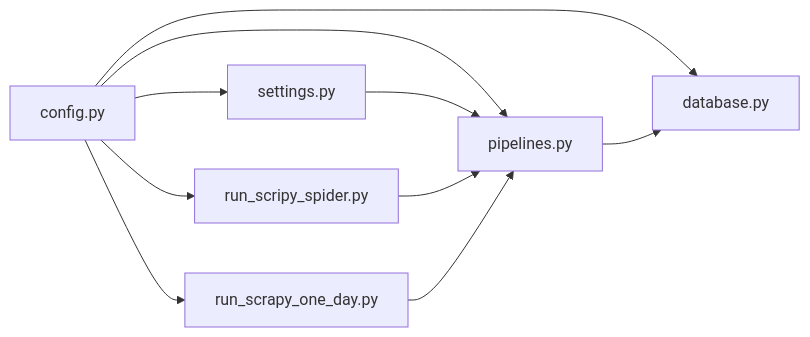
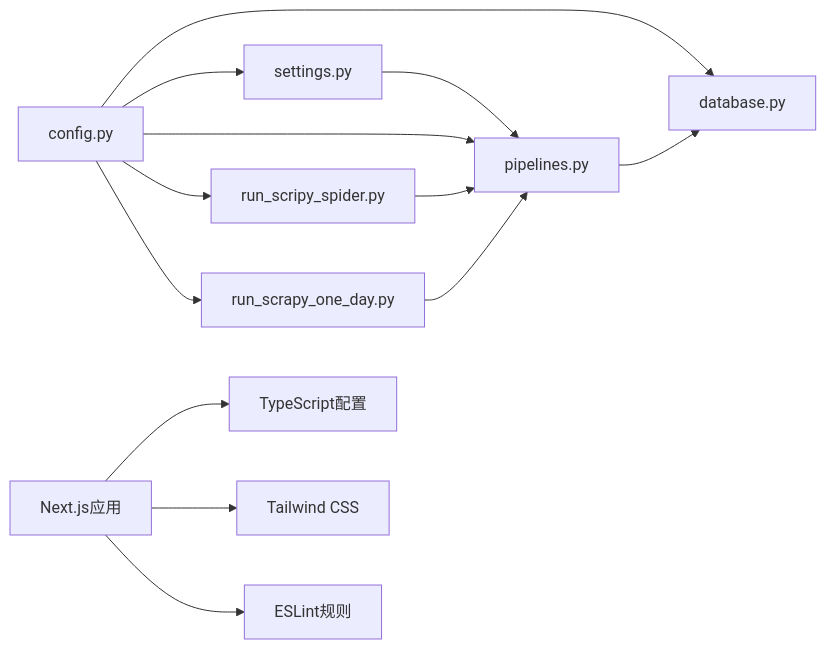
Before and after one commit to xuanyuansen/company-news-crawl-and-text-analysis: the ninth of 10 diagrams in .qoder/repowiki/zh/content/开发指南/开发工具与环境配置.md, drawn with Mermaid. The commit also changed other lines of this file and 17 other files, not shown here.

````diff
--- a/.qoder/repowiki/zh/content/开发指南/开发工具与环境配置.md
+++ b/.qoder/repowiki/zh/content/开发指南/开发工具与环境配置.md
@@ -268,12 +352,15 @@
 ```mermaid
 graph LR
 Cfg["config.py"] --> DB["database.py"]
 Cfg --> Set["settings.py"]
 Cfg --> Pipe["pipelines.py"]
 Cfg --> Run1["run_scripy_spider.py"]
 Cfg --> Run2["run_scrapy_one_day.py"]
 Set --> Pipe
 Pipe --> DB
 Run1 --> Pipe
 Run2 --> Pipe
+Front["Next.js应用"] --> TS["TypeScript配置"]
+Front --> Tailwind["Tailwind CSS"]
+Front --> ESLint["ESLint规则"]
 ```
````
